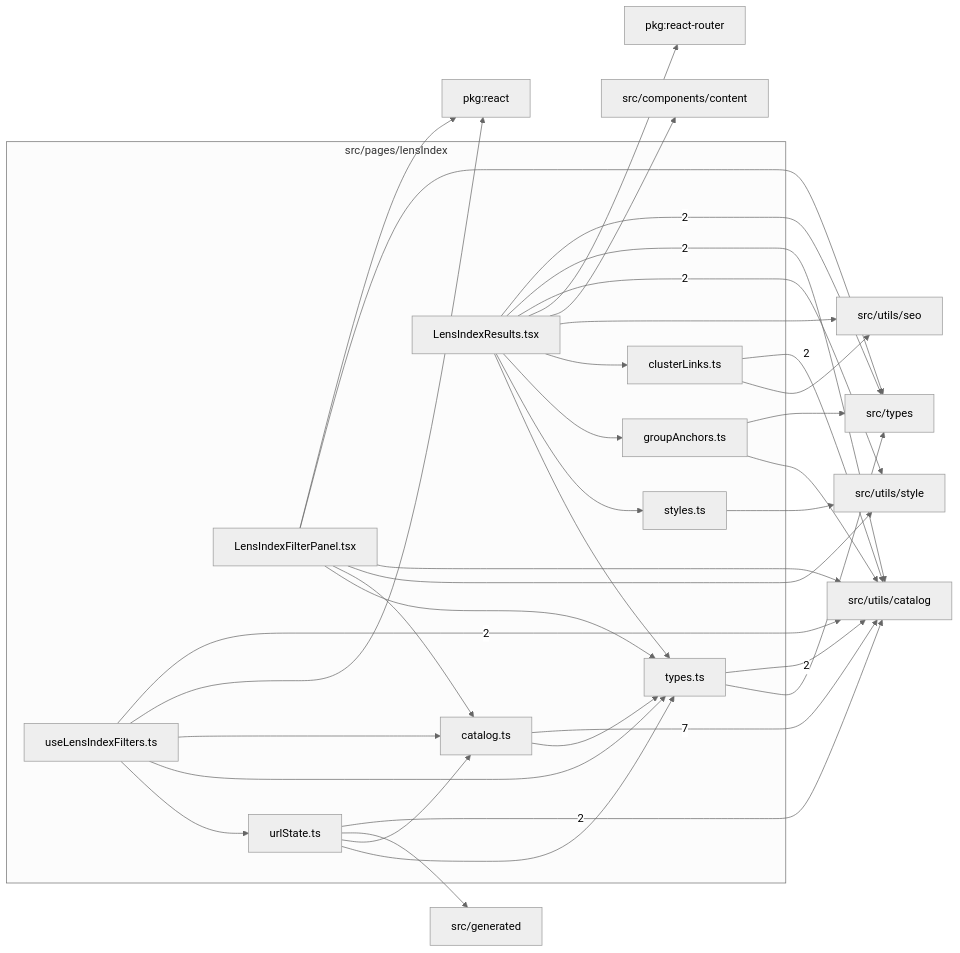
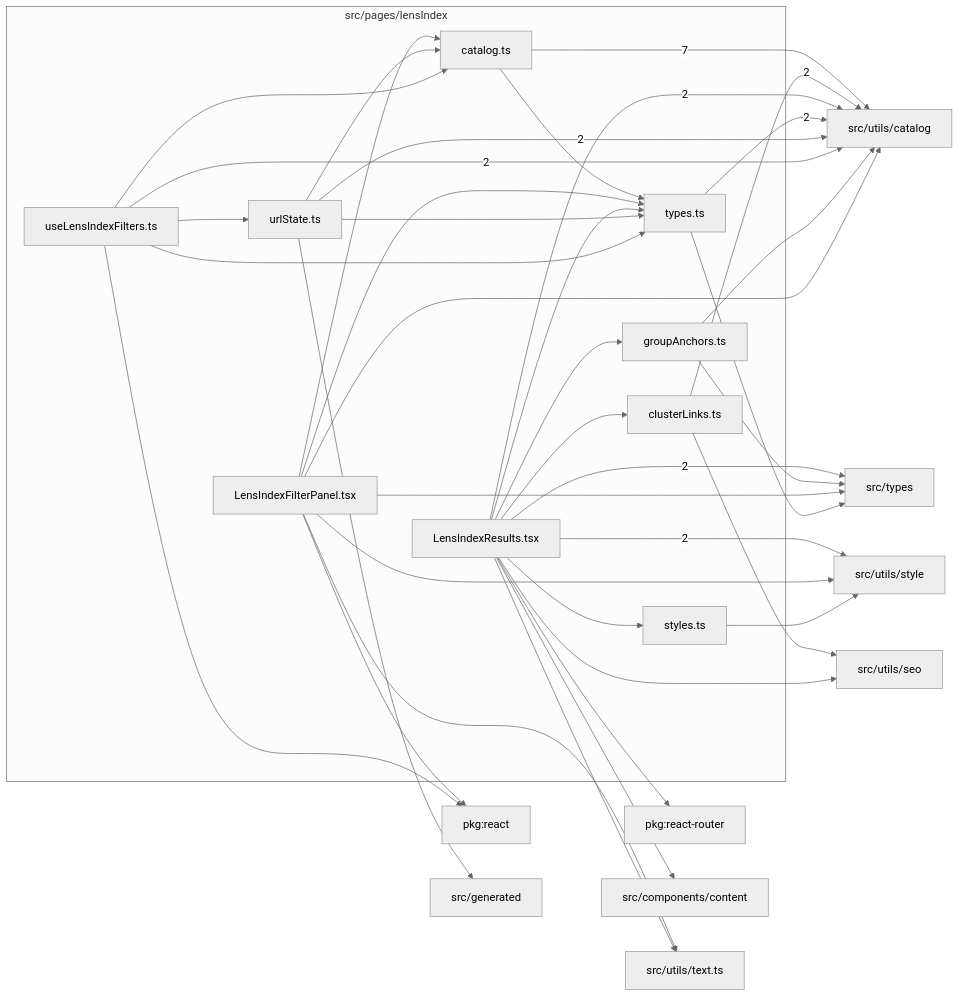
One commit to ronbuening/LensVisualizer changed the diagram in src/pages/lensIndex/readme.md. Above: the diagram before and after it, drawn with Mermaid (neutral theme). The commit also changed other lines of this file and 99 other files, not shown here.

````diff
--- a/src/pages/lensIndex/readme.md
+++ b/src/pages/lensIndex/readme.md
@@ -9,56 +9,59 @@
 ```mermaid
 flowchart LR
   subgraph n_src_pages_lensIndex["src/pages/lensIndex"]
     n_src_pages_lensIndex_src_pages_lensIndex_catalog_ts["catalog.ts"]
     n_src_pages_lensIndex_src_pages_lensIndex_clusterLinks_ts["clusterLinks.ts"]
     n_src_pages_lensIndex_src_pages_lensIndex_groupAnchors_ts["groupAnchors.ts"]
     n_src_pages_lensIndex_src_pages_lensIndex_LensIndexFilterPanel_tsx["LensIndexFilterPanel.tsx"]
     n_src_pages_lensIndex_src_pages_lensIndex_LensIndexResults_tsx["LensIndexResults.tsx"]
     n_src_pages_lensIndex_src_pages_lensIndex_styles_ts["styles.ts"]
     n_src_pages_lensIndex_src_pages_lensIndex_types_ts["types.ts"]
     n_src_pages_lensIndex_src_pages_lensIndex_urlState_ts["urlState.ts"]
     n_src_pages_lensIndex_src_pages_lensIndex_useLensIndexFilters_ts["useLensIndexFilters.ts"]
   end
   n_external_src_utils_catalog["src/utils/catalog"]
   n_external_src_types["src/types"]
   n_external_src_utils_style["src/utils/style"]
   n_external_pkg_react["pkg:react"]
   n_external_pkg_react_router["pkg:react-router"]
   n_external_src_components_content["src/components/content"]
   n_external_src_generated["src/generated"]
   n_external_src_utils_seo["src/utils/seo"]
+  n_external_src_utils_text_ts["src/utils/text.ts"]
   n_src_pages_lensIndex_src_pages_lensIndex_catalog_ts --> |7| n_external_src_utils_catalog
   n_src_pages_lensIndex_src_pages_lensIndex_LensIndexResults_tsx --> |2| n_external_src_types
   n_src_pages_lensIndex_src_pages_lensIndex_clusterLinks_ts --> |2| n_external_src_utils_catalog
   n_src_pages_lensIndex_src_pages_lensIndex_LensIndexResults_tsx --> |2| n_external_src_utils_catalog
   n_src_pages_lensIndex_src_pages_lensIndex_types_ts --> |2| n_external_src_utils_catalog
   n_src_pages_lensIndex_src_pages_lensIndex_urlState_ts --> |2| n_external_src_utils_catalog
   n_src_pages_lensIndex_src_pages_lensIndex_useLensIndexFilters_ts --> |2| n_external_src_utils_catalog
   n_src_pages_lensIndex_src_pages_lensIndex_LensIndexResults_tsx --> |2| n_external_src_utils_style
   n_src_pages_lensIndex_src_pages_lensIndex_LensIndexFilterPanel_tsx --> n_external_pkg_react
   n_src_pages_lensIndex_src_pages_lensIndex_useLensIndexFilters_ts --> n_external_pkg_react
   n_src_pages_lensIndex_src_pages_lensIndex_LensIndexResults_tsx --> n_external_pkg_react_router
   n_src_pages_lensIndex_src_pages_lensIndex_LensIndexResults_tsx --> n_external_src_components_content
   n_src_pages_lensIndex_src_pages_lensIndex_urlState_ts --> n_external_src_generated
   n_src_pages_lensIndex_src_pages_lensIndex_groupAnchors_ts --> n_external_src_types
   n_src_pages_lensIndex_src_pages_lensIndex_LensIndexFilterPanel_tsx --> n_external_src_types
   n_src_pages_lensIndex_src_pages_lensIndex_types_ts --> n_external_src_types
   n_src_pages_lensIndex_src_pages_lensIndex_groupAnchors_ts --> n_external_src_utils_catalog
   n_src_pages_lensIndex_src_pages_lensIndex_LensIndexFilterPanel_tsx --> n_external_src_utils_catalog
   n_src_pages_lensIndex_src_pages_lensIndex_clusterLinks_ts --> n_external_src_utils_seo
   n_src_pages_lensIndex_src_pages_lensIndex_LensIndexResults_tsx --> n_external_src_utils_seo
   n_src_pages_lensIndex_src_pages_lensIndex_LensIndexFilterPanel_tsx --> n_external_src_utils_style
   n_src_pages_lensIndex_src_pages_lensIndex_styles_ts --> n_external_src_utils_style
+  n_src_pages_lensIndex_src_pages_lensIndex_LensIndexFilterPanel_tsx --> n_external_src_utils_text_ts
+  n_src_pages_lensIndex_src_pages_lensIndex_LensIndexResults_tsx --> n_external_src_utils_text_ts
   n_src_pages_lensIndex_src_pages_lensIndex_LensIndexFilterPanel_tsx --> n_src_pages_lensIndex_src_pages_lensIndex_catalog_ts
   n_src_pages_lensIndex_src_pages_lensIndex_urlState_ts --> n_src_pages_lensIndex_src_pages_lensIndex_catalog_ts
   n_src_pages_lensIndex_src_pages_lensIndex_useLensIndexFilters_ts --> n_src_pages_lensIndex_src_pages_lensIndex_catalog_ts
   n_src_pages_lensIndex_src_pages_lensIndex_LensIndexResults_tsx --> n_src_pages_lensIndex_src_pages_lensIndex_clusterLinks_ts
   n_src_pages_lensIndex_src_pages_lensIndex_LensIndexResults_tsx --> n_src_pages_lensIndex_src_pages_lensIndex_groupAnchors_ts
   n_src_pages_lensIndex_src_pages_lensIndex_LensIndexResults_tsx --> n_src_pages_lensIndex_src_pages_lensIndex_styles_ts
   n_src_pages_lensIndex_src_pages_lensIndex_catalog_ts --> n_src_pages_lensIndex_src_pages_lensIndex_types_ts
   n_src_pages_lensIndex_src_pages_lensIndex_LensIndexFilterPanel_tsx --> n_src_pages_lensIndex_src_pages_lensIndex_types_ts
   n_src_pages_lensIndex_src_pages_lensIndex_LensIndexResults_tsx --> n_src_pages_lensIndex_src_pages_lensIndex_types_ts
   n_src_pages_lensIndex_src_pages_lensIndex_urlState_ts --> n_src_pages_lensIndex_src_pages_lensIndex_types_ts
   n_src_pages_lensIndex_src_pages_lensIndex_useLensIndexFilters_ts --> n_src_pages_lensIndex_src_pages_lensIndex_types_ts
   n_src_pages_lensIndex_src_pages_lensIndex_useLensIndexFilters_ts --> n_src_pages_lensIndex_src_pages_lensIndex_urlState_ts
 ```
````
